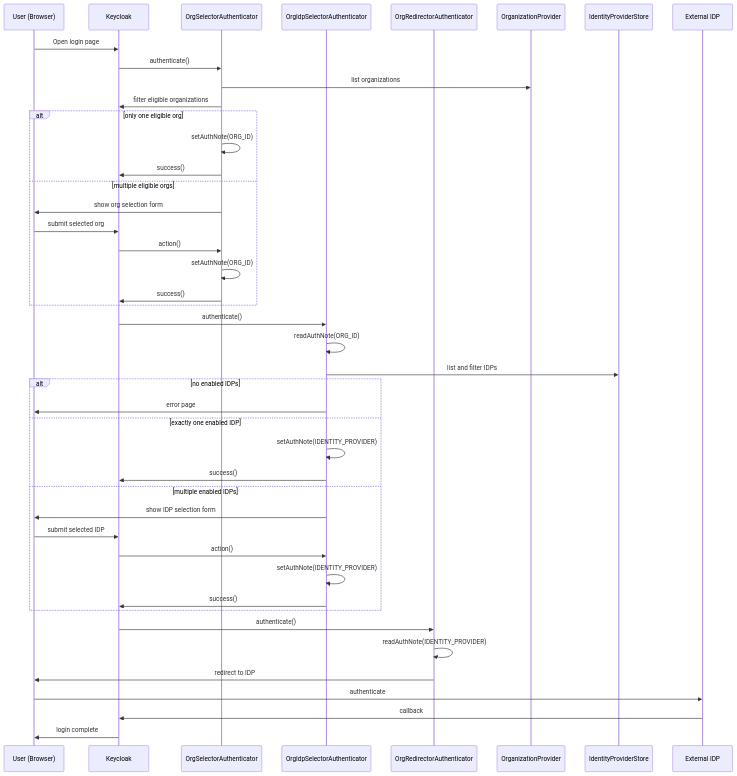
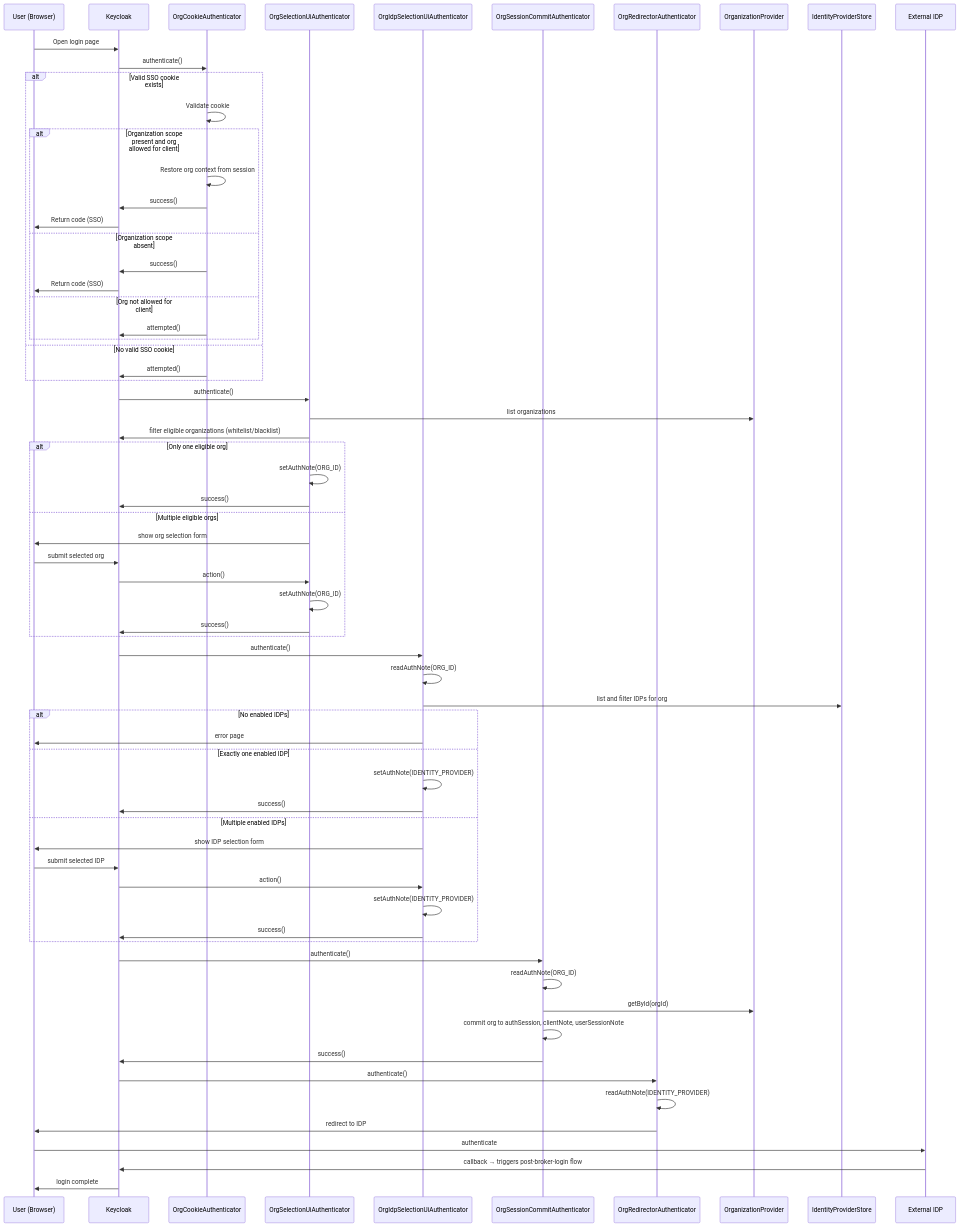
The diagram in docs/auth-flows/flais-browser.md (FINTLabs/flais-keycloak), drawn with Mermaid before and after one commit. The commit also changed other lines of this file and 56 other files, not shown here.

First line of the commit message:
FLA-1596: Post-Broker Login and Organization-Aware SSO Security Fixes (#234)

````diff
--- a/docs/auth-flows/flais-browser.md
+++ b/docs/auth-flows/flais-browser.md
@@ -36,51 +35,77 @@
 ```mermaid
 sequenceDiagram
   participant U as User (Browser)
   participant KC as Keycloak
-  participant OS as OrgSelectorAuthenticator
-  participant OIP as OrgIdpSelectorAuthenticator
+  participant OCA as OrgCookieAuthenticator
+  participant OS as OrgSelectionUiAuthenticator
+  participant OIP as OrgIdpSelectionUiAuthenticator
+  participant OSC as OrgSessionCommitAuthenticator
   participant OR as OrgRedirectorAuthenticator
   participant OP as OrganizationProvider
   participant IDPS as IdentityProviderStore
   participant IDP as External IDP
 
   U->>KC: Open login page
+  KC->>OCA: authenticate()
+
+  alt Valid SSO cookie exists
+    OCA->>OCA: Validate cookie
+    alt Organization scope present and org allowed for client
+      OCA->>OCA: Restore org context from session
+      OCA->>KC: success()
+      KC->>U: Return code (SSO)
+    else Organization scope absent
+      OCA->>KC: success()
+      KC->>U: Return code (SSO)
+    else Org not allowed for client
+      OCA->>KC: attempted()
+    end
+  else No valid SSO cookie
+    OCA->>KC: attempted()
+  end
+
   KC->>OS: authenticate()
   OS->>OP: list organizations
-  OS->>KC: filter eligible organizations
+  OS->>KC: filter eligible organizations (whitelist/blacklist)
 
-  alt only one eligible org
+  alt Only one eligible org
     OS->>OS: setAuthNote(ORG_ID)
     OS->>KC: success()
-  else multiple eligible orgs
+  else Multiple eligible orgs
     OS->>U: show org selection form
     U->>KC: submit selected org
     KC->>OS: action()
     OS->>OS: setAuthNote(ORG_ID)
     OS->>KC: success()
   end
 
   KC->>OIP: authenticate()
   OIP->>OIP: readAuthNote(ORG_ID)
-  OIP->>IDPS: list and filter IDPs
+  OIP->>IDPS: list and filter IDPs for org
 
-  alt no enabled IDPs
+  alt No enabled IDPs
     OIP->>U: error page
-  else exactly one enabled IDP
+  else Exactly one enabled IDP
     OIP->>OIP: setAuthNote(IDENTITY_PROVIDER)
     OIP->>KC: success()
-  else multiple enabled IDPs
+  else Multiple enabled IDPs
     OIP->>U: show IDP selection form
     U->>KC: submit selected IDP
     KC->>OIP: action()
     OIP->>OIP: setAuthNote(IDENTITY_PROVIDER)
     OIP->>KC: success()
   end
 
+  KC->>OSC: authenticate()
+  OSC->>OSC: readAuthNote(ORG_ID)
+  OSC->>OP: getById(orgId)
+  OSC->>OSC: commit org to authSession, clientNote, userSessionNote
+  OSC->>KC: success()
+
   KC->>OR: authenticate()
   OR->>OR: readAuthNote(IDENTITY_PROVIDER)
   OR->>U: redirect to IDP
   U->>IDP: authenticate
-  IDP->>KC: callback
+  IDP->>KC: callback → triggers post-broker-login flow
   KC->>U: login complete
 ```
````
